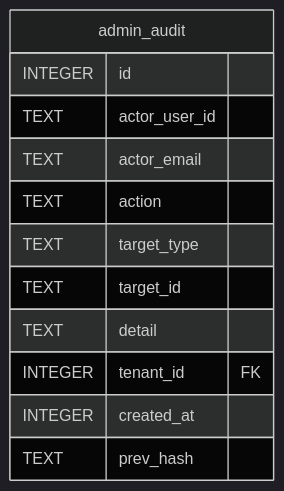
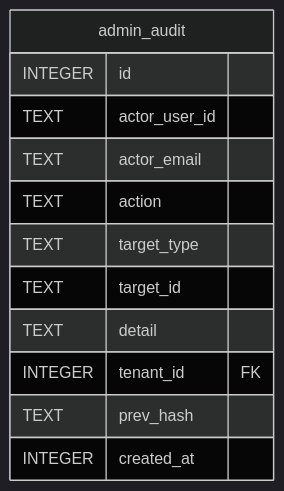
One commit to ktbhealth/docs changed the diagram in content/docs/pt-BR/developers/plugins/audit/reference/schema.mmd. Above: the diagram before and after it, drawn with Mermaid (dark theme). The commit also changed other lines of this file and 87 other files, not shown here.

Commit message:
docs: ERD refresh after db schema facade (#104)

```diff
--- a/content/docs/pt-BR/developers/plugins/audit/reference/schema.mmd
+++ b/content/docs/pt-BR/developers/plugins/audit/reference/schema.mmd
@@ -1,15 +1,15 @@
 erDiagram
 
 
 "admin_audit" {
   INTEGER id
   TEXT actor_user_id
   TEXT actor_email
   TEXT action
   TEXT target_type
   TEXT target_id
   TEXT detail
   INTEGER tenant_id FK
+  TEXT prev_hash
   INTEGER created_at
-  TEXT prev_hash
 }
```
